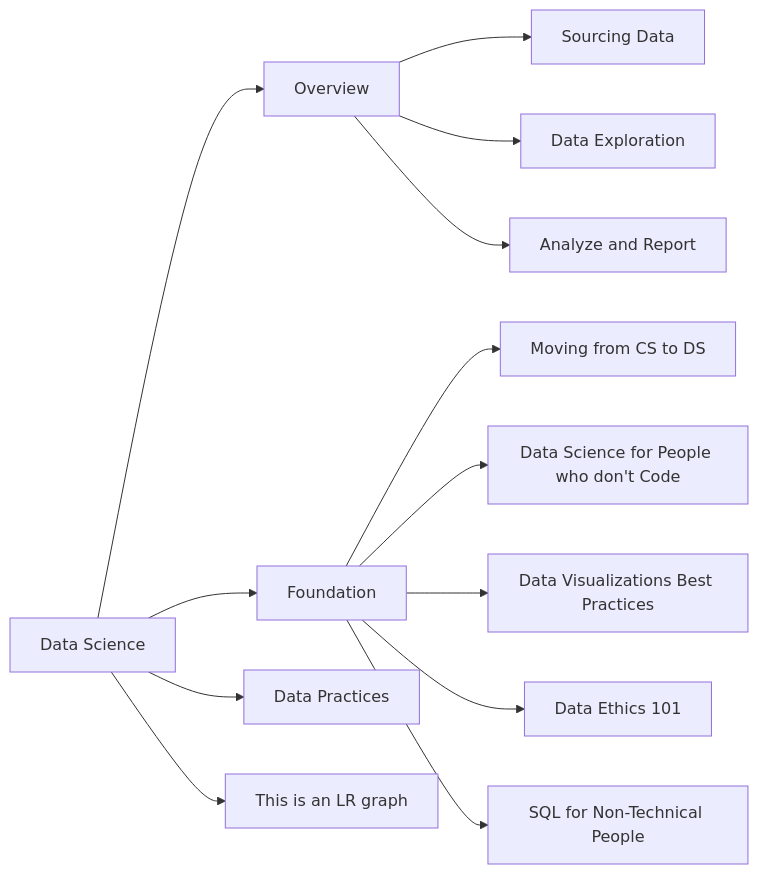
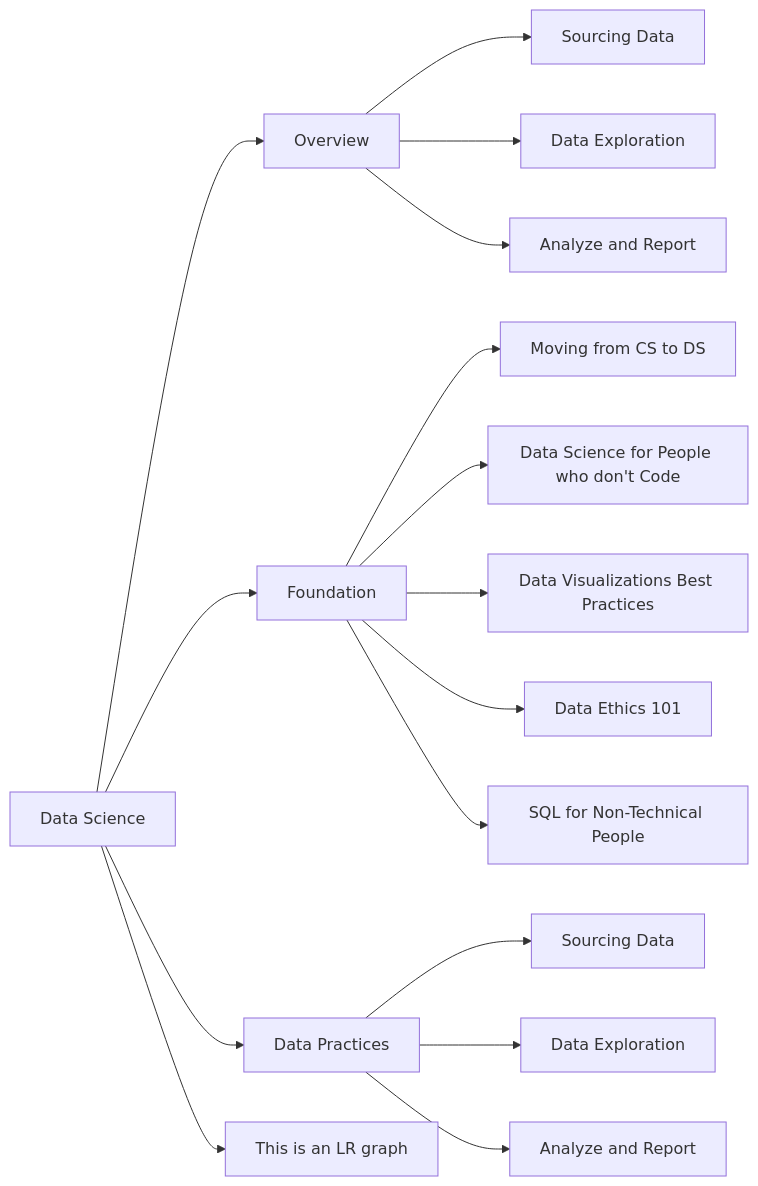
The second of 3 diagrams in topology.md (seb98mm/test), drawn with Mermaid before and after one commit.

````diff
--- a/topology.md
+++ b/topology.md
@@ -20,17 +20,21 @@
 ```mermaid
 graph LR;
     A[Data Science]-->B[Overview];
     A[Data Science]-->C[Foundation];
     A[Data Science]-->D[Data Practices];
     A[Data Science]-->E[This is an LR graph];
     
     B-->1[Sourcing Data];
     B-->2[Data Exploration];
     B-->3[Analyze and Report];
    
     C-->1A[Moving from CS to DS];
     C-->1B[Data Science for People who don't Code];
     C-->1C[Data Visualizations Best Practices];
     C-->1D[Data Ethics 101];
     C-->1E[SQL for Non-Technical People];
+    
+    D-->1g[Sourcing Data];
+    D-->2g[Data Exploration];
+    D-->3g[Analyze and Report];
 ```
````
